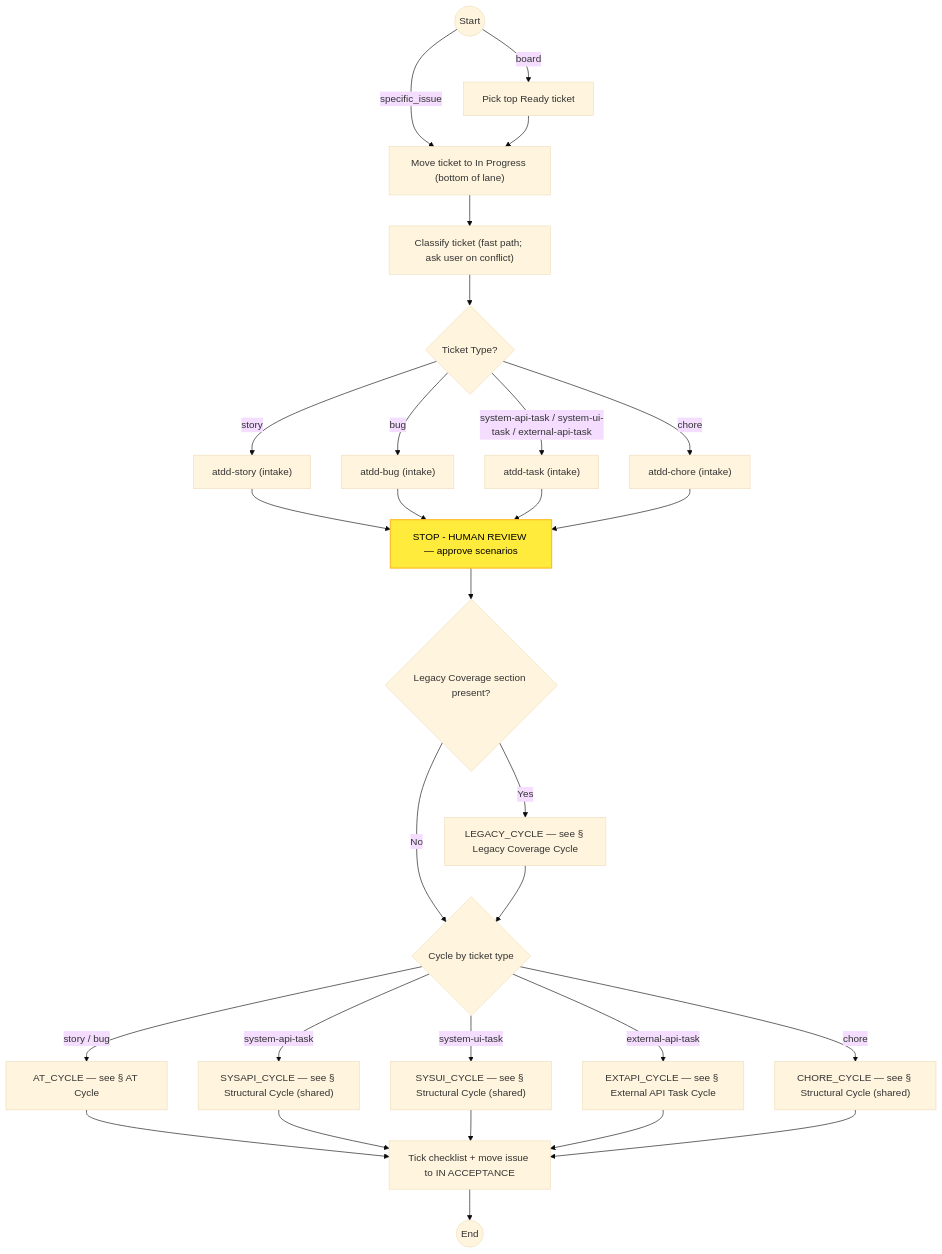
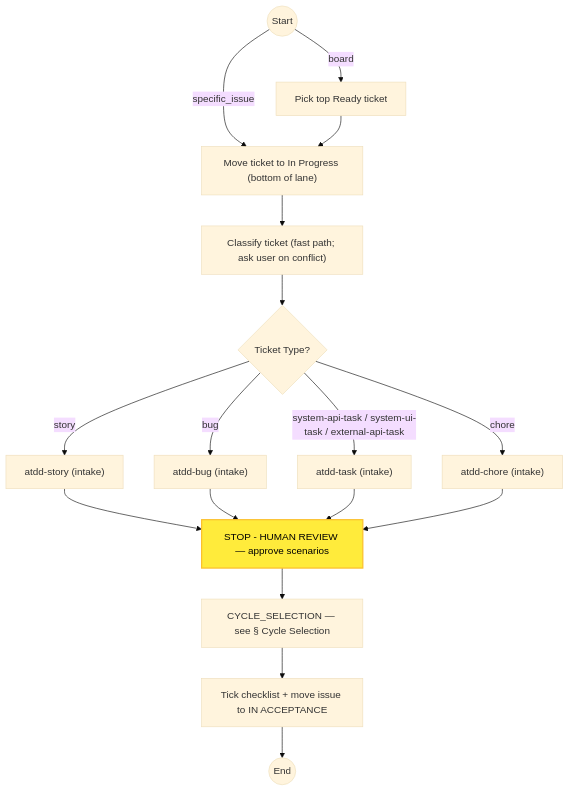
Before and after one commit to optivem/gh-optivem: the first of 9 diagrams in docs/process-diagram.md, drawn with Mermaid (base theme). The commit also changed other lines of this file and 21 other files, not shown here.

````diff
--- a/docs/process-diagram.md
+++ b/docs/process-diagram.md
@@ -9,55 +9,36 @@
 ```mermaid
 flowchart TD
     ATDD_BUG["atdd-bug (intake)"]
     ATDD_CHORE["atdd-chore (intake)"]
     ATDD_STORY["atdd-story (intake)"]
     ATDD_TASK["atdd-task (intake)"]
-    AT_CYCLE[AT_CYCLE — see § AT Cycle]
-    CHORE_CYCLE["CHORE_CYCLE — see § Structural Cycle (shared)"]
     CLASSIFY["Classify ticket (fast path; ask user on conflict)"]
+    CYCLE_SELECTION[CYCLE_SELECTION — see § Cycle Selection]
     END((End))
-    EXTAPI_CYCLE[EXTAPI_CYCLE — see § External API Task Cycle]
-    GATE_LEGACY{Legacy Coverage section present?}
     GATE_TICKET_TYPE{Ticket Type?}
-    GATE_TYPE_CYCLE{Cycle by ticket type}
-    LEGACY_CYCLE[LEGACY_CYCLE — see § Legacy Coverage Cycle]
     MOVE_TO_IN_PROGRESS["Move ticket to In Progress (bottom of lane)"]
     PICK_TOP_READY[Pick top Ready ticket]
     START((Start))
     STOP_INTAKE[STOP - HUMAN REVIEW — approve scenarios]
-    SYSAPI_CYCLE["SYSAPI_CYCLE — see § Structural Cycle (shared)"]
-    SYSUI_CYCLE["SYSUI_CYCLE — see § Structural Cycle (shared)"]
     TICKET_IN_ACCEPTANCE[Tick checklist + move issue to IN ACCEPTANCE]
 
     START -- board --> PICK_TOP_READY
     START -- specific_issue --> MOVE_TO_IN_PROGRESS
     PICK_TOP_READY --> MOVE_TO_IN_PROGRESS
     MOVE_TO_IN_PROGRESS --> CLASSIFY
     CLASSIFY --> GATE_TICKET_TYPE
     GATE_TICKET_TYPE -- story --> ATDD_STORY
     GATE_TICKET_TYPE -- bug --> ATDD_BUG
     GATE_TICKET_TYPE -- system-api-task / system-ui-task / external-api-task --> ATDD_TASK
     GATE_TICKET_TYPE -- chore --> ATDD_CHORE
     ATDD_STORY --> STOP_INTAKE
     ATDD_BUG --> STOP_INTAKE
     ATDD_TASK --> STOP_INTAKE
     ATDD_CHORE --> STOP_INTAKE
-    STOP_INTAKE --> GATE_LEGACY
-    GATE_LEGACY -- Yes --> LEGACY_CYCLE
-    GATE_LEGACY -- No --> GATE_TYPE_CYCLE
-    LEGACY_CYCLE --> GATE_TYPE_CYCLE
-    GATE_TYPE_CYCLE -- story / bug --> AT_CYCLE
-    GATE_TYPE_CYCLE -- system-api-task --> SYSAPI_CYCLE
-    GATE_TYPE_CYCLE -- system-ui-task --> SYSUI_CYCLE
-    GATE_TYPE_CYCLE -- external-api-task --> EXTAPI_CYCLE
-    GATE_TYPE_CYCLE -- chore --> CHORE_CYCLE
-    AT_CYCLE --> TICKET_IN_ACCEPTANCE
-    SYSAPI_CYCLE --> TICKET_IN_ACCEPTANCE
-    SYSUI_CYCLE --> TICKET_IN_ACCEPTANCE
-    EXTAPI_CYCLE --> TICKET_IN_ACCEPTANCE
-    CHORE_CYCLE --> TICKET_IN_ACCEPTANCE
+    STOP_INTAKE --> CYCLE_SELECTION
+    CYCLE_SELECTION --> TICKET_IN_ACCEPTANCE
     TICKET_IN_ACCEPTANCE --> END
 
     classDef humanReviewNode fill:#ffeb3b,stroke:#fbc02d,stroke-width:2px,color:#000
     class STOP_INTAKE humanReviewNode
 ```
````
